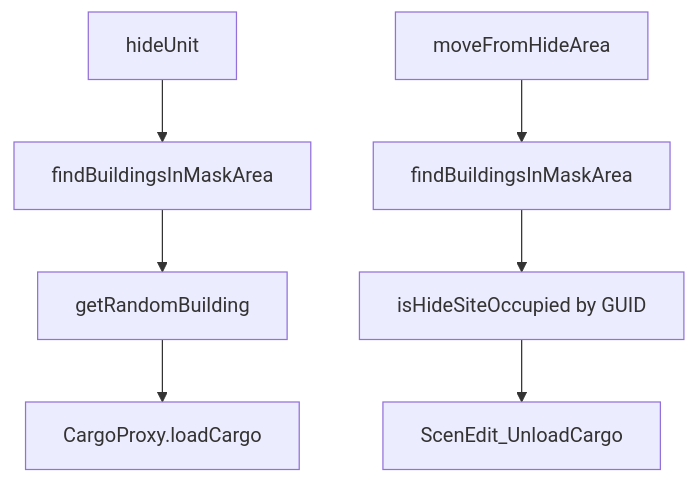
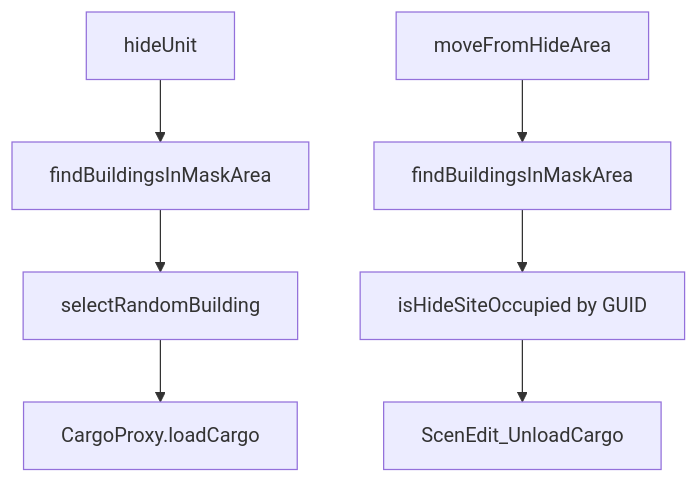
Before and after one commit to pullupjumper/formosa-in-flames: the diagram in docs/missileSystem/concealment.md, drawn with Mermaid. The commit also changed other lines of this file and 41 other files, not shown here.

````diff
--- a/docs/missileSystem/concealment.md
+++ b/docs/missileSystem/concealment.md
@@ -29,10 +29,10 @@
 ```mermaid
 flowchart TD
     A[hideUnit] --> B[findBuildingsInMaskArea]
-    B --> C[getRandomBuilding]
+    B --> C[selectRandomBuilding]
     C --> D[CargoProxy.loadCargo]
 
     E[moveFromHideArea] --> F[findBuildingsInMaskArea]
     F --> G[isHideSiteOccupied by GUID]
     G --> H[ScenEdit_UnloadCargo]
 ```
````
